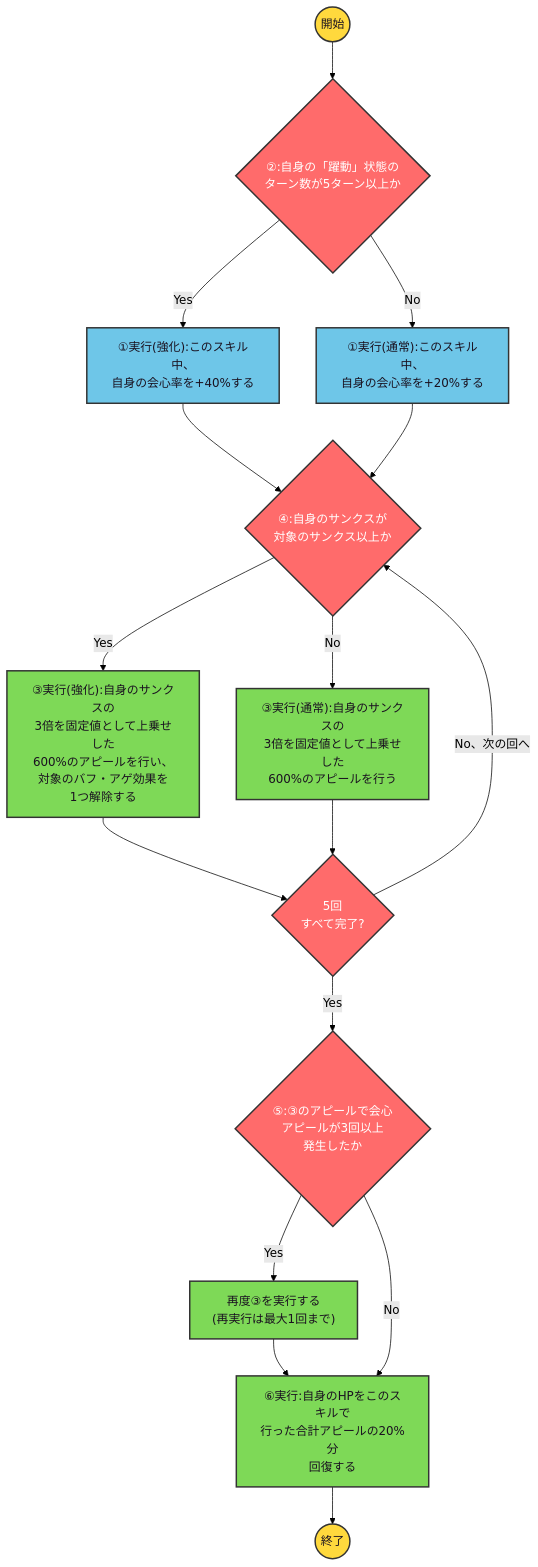
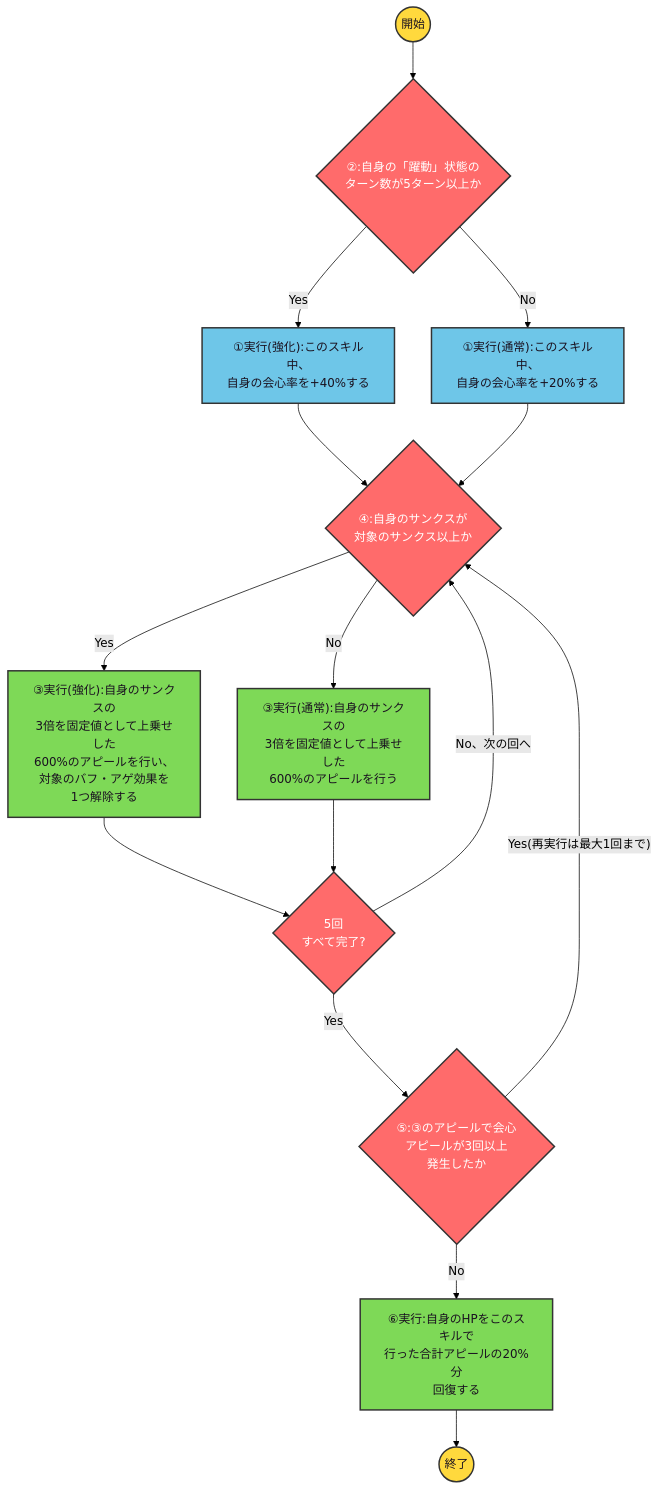
The diagram in data/inoue_nagi/jaanegasetsunai_skill1.mmd (ryomochi0918/nogifra-characters), drawn with Mermaid (forest theme) before and after one commit. The commit also changed 20 other files, not shown here.

```diff
--- a/data/inoue_nagi/jaanegasetsunai_skill1.mmd
+++ b/data/inoue_nagi/jaanegasetsunai_skill1.mmd
@@ -1,16 +1,16 @@
 flowchart TD
     classDef startend fill:#FFD93D,stroke:#333,stroke-width:2px,color:#1a1220;
     classDef cond fill:#FF6B6B,stroke:#333,stroke-width:2px,color:#ffffff;
     classDef effect fill:#6EC6E8,stroke:#333,stroke-width:2px,color:#1a1220;
     classDef action fill:#7ED957,stroke:#333,stroke-width:2px,color:#1a1220;
 
     start(("開始")):::startend --> c0{"②:自身の「躍動」状態の<br/>ターン数が5ターン以上か"}:::cond
     c0 -->|"Yes"| a0["①実行(強化):このスキル中、<br/>自身の会心率を+40%する"]:::effect --> c1
     c0 -->|"No"| a0b["①実行(通常):このスキル中、<br/>自身の会心率を+20%する"]:::effect --> c1
     c1{"④:自身のサンクスが<br/>対象のサンクス以上か"}:::cond
     c1 -->|"Yes"| a1["③実行(強化):自身のサンクスの<br/>3倍を固定値として上乗せした<br/>600%のアピールを行い、<br/>対象のバフ・アゲ効果を<br/>1つ解除する"]:::action --> loop1{"5回<br/>すべて完了?"}:::cond
     c1 -->|"No"| a2["③実行(通常):自身のサンクスの<br/>3倍を固定値として上乗せした<br/>600%のアピールを行う"]:::action --> loop1
     loop1 -->|"No、次の回へ"| c1
     loop1 -->|"Yes"| c2{"⑤:③のアピールで会心<br/>アピールが3回以上<br/>発生したか"}:::cond
-    c2 -->|"Yes"| a3["再度③を実行する<br/>(再実行は最大1回まで)"]:::action --> a4
+    c2 -->|"Yes(再実行は最大1回まで)"| c1
     c2 -->|"No"| a4["⑥実行:自身のHPをこのスキルで<br/>行った合計アピールの20%分<br/>回復する"]:::action --> finish(("終了")):::startend
```
